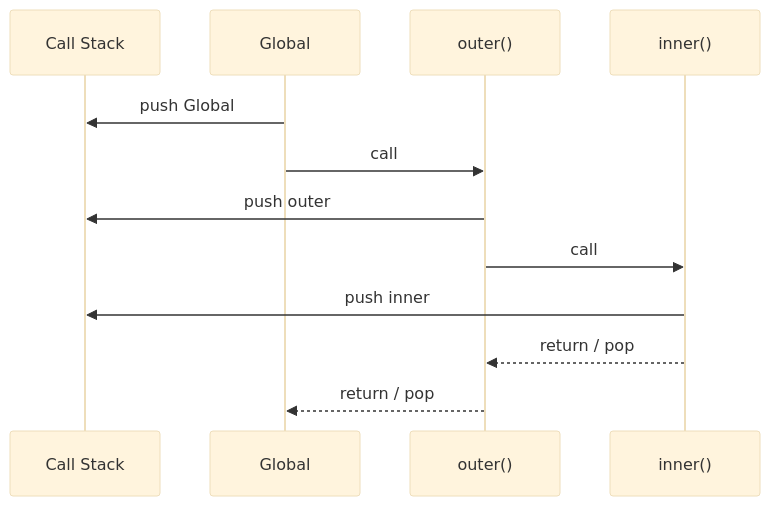
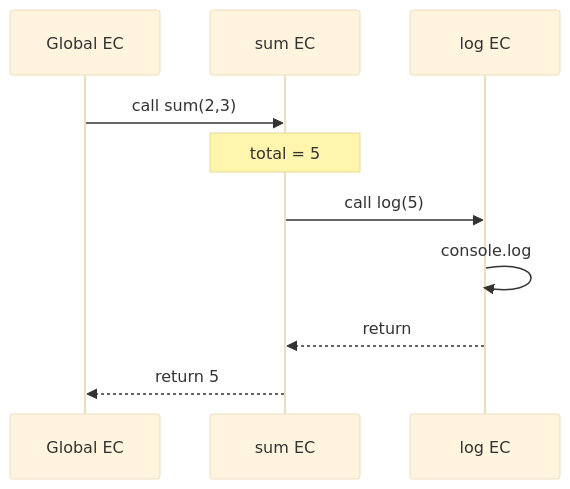
Before and after one commit to prajjwaljogdand/FullstackPreparation: the eighth of 8 diagrams in docs/javascript/02-execution-context.md, drawn with Mermaid (base theme). The commit also changed other lines of this file and 91 other files, not shown here.

````diff
--- a/docs/javascript/02-execution-context.md
+++ b/docs/javascript/02-execution-context.md
@@ -73,14 +550,12 @@
 ```mermaid
 sequenceDiagram
-  participant Stack as Call Stack
-  participant Main as Global
-  participant A as outer()
-  participant B as inner()
-  Main->>Stack: push Global
-  Main->>A: call
-  A->>Stack: push outer
-  A->>B: call
-  B->>Stack: push inner
-  B-->>A: return / pop
-  A-->>Main: return / pop
+  participant G as Global EC
+  participant S as sum EC
+  participant L as log EC
+  G->>S: call sum(2,3)
+  Note over S: total = 5
+  S->>L: call log(5)
+  L->>L: console.log
+  L-->>S: return
+  S-->>G: return 5
 ```
````
